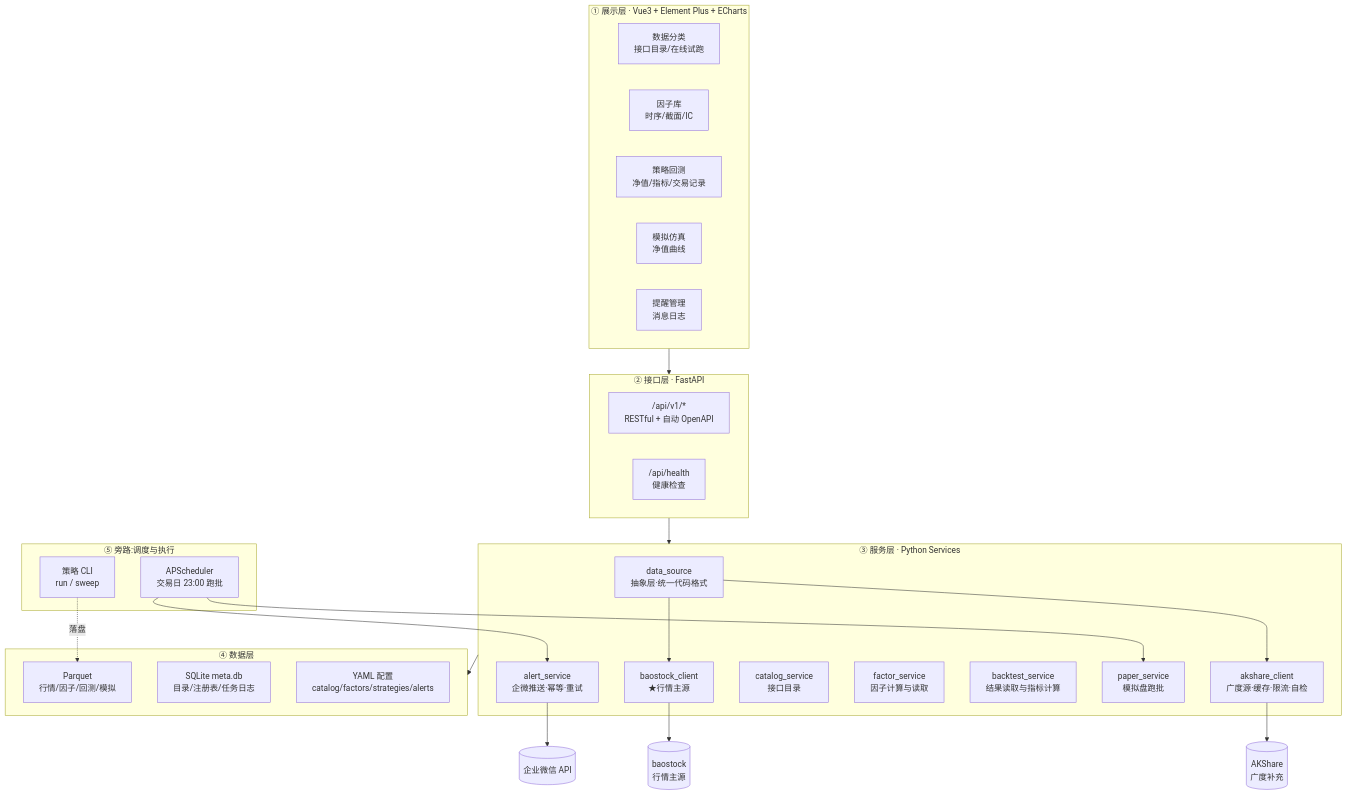
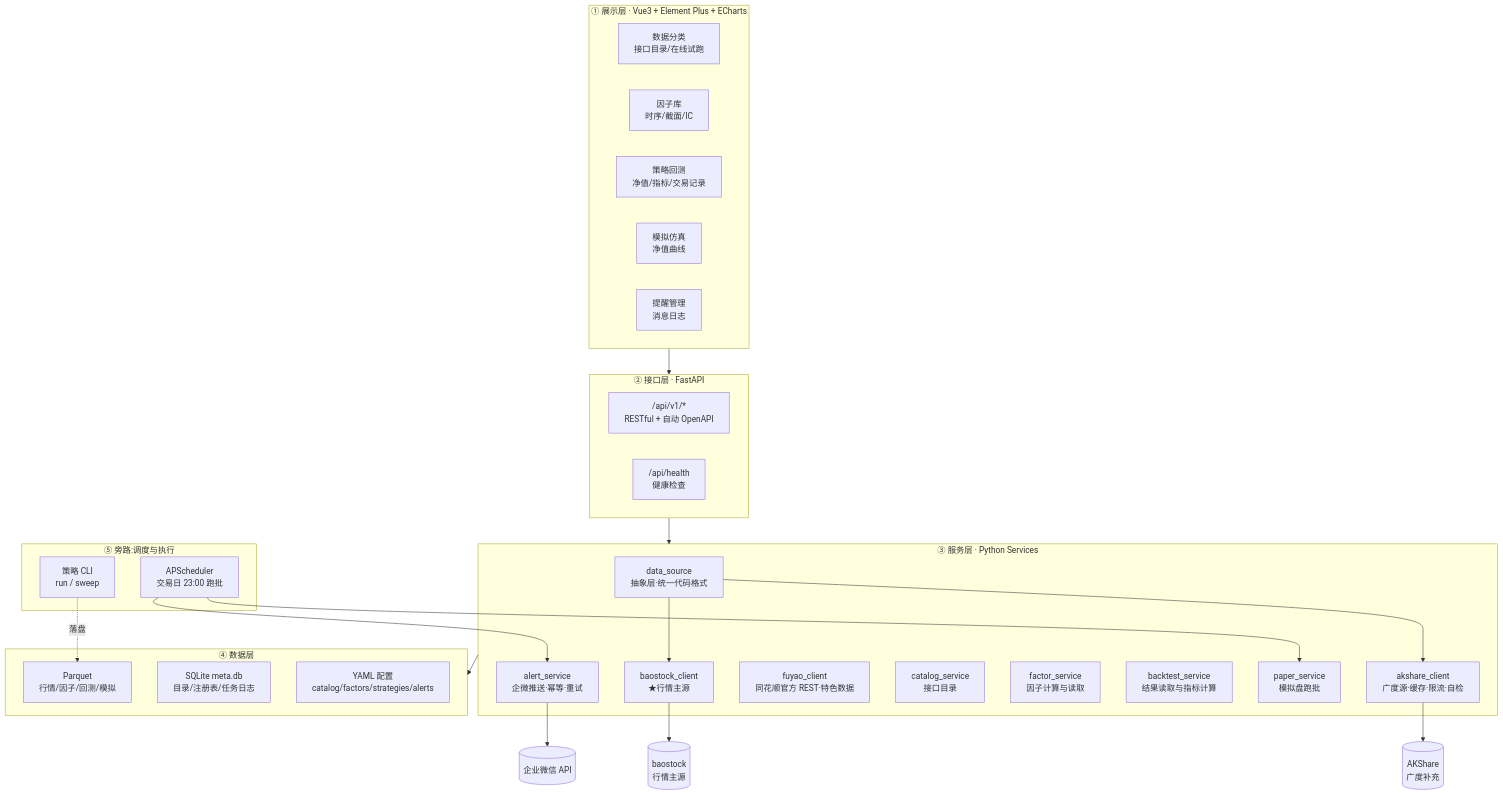
Before and after one commit to good0boy/Personal-investment-system: the diagram in 技术架构.md, drawn with Mermaid. The commit also changed other lines of this file and 39 other files, not shown here.

````diff
--- a/技术架构.md
+++ b/技术架构.md
@@ -136,47 +148,48 @@
 ```mermaid
 graph TB
     subgraph L1["① 展示层 · Vue3 + Element Plus + ECharts"]
         P1[数据分类<br/>接口目录/在线试跑]
         P2[因子库<br/>时序/截面/IC]
         P3[策略回测<br/>净值/指标/交易记录]
         P4[模拟仿真<br/>净值曲线]
         P5[提醒管理<br/>消息日志]
     end
 
     subgraph L2["② 接口层 · FastAPI"]
         R["/api/v1/*<br/>RESTful + 自动 OpenAPI"]
         R2["/api/health<br/>健康检查"]
     end
 
     subgraph L3["③ 服务层 · Python Services"]
         S0[data_source<br/>抽象层·统一代码格式]
         S1[baostock_client<br/>★行情主源]
         S1b[akshare_client<br/>广度源·缓存·限流·自检]
+        S1c[fuyao_client<br/>同花顺官方 REST·特色数据]
         S2[catalog_service<br/>接口目录]
         S3[factor_service<br/>因子计算与读取]
         S4[backtest_service<br/>结果读取与指标计算]
         S5[paper_service<br/>模拟盘跑批]
         S6[alert_service<br/>企微推送·幂等·重试]
     end
 
     subgraph L4["④ 数据层"]
         D1["Parquet<br/>行情/因子/回测/模拟"]
         D2["SQLite meta.db<br/>目录/注册表/任务日志"]
         D3["YAML 配置<br/>catalog/factors/strategies/alerts"]
     end
 
     subgraph L5["⑤ 旁路:调度与执行"]
         J1["APScheduler<br/>交易日 23:00 跑批"]
         J2["策略 CLI<br/>run / sweep"]
     end
 
     L1 --> L2 --> L3 --> L4
     J1 --> S5
     J1 --> S6
     J2 -.落盘.-> D1
     S0 --> S1
     S0 --> S1b
     S1 --> BS[(baostock<br/>行情主源)]
     S1b --> AK[(AKShare<br/>广度补充)]
     S6 --> WX[(企业微信 API)]
 ```
````
